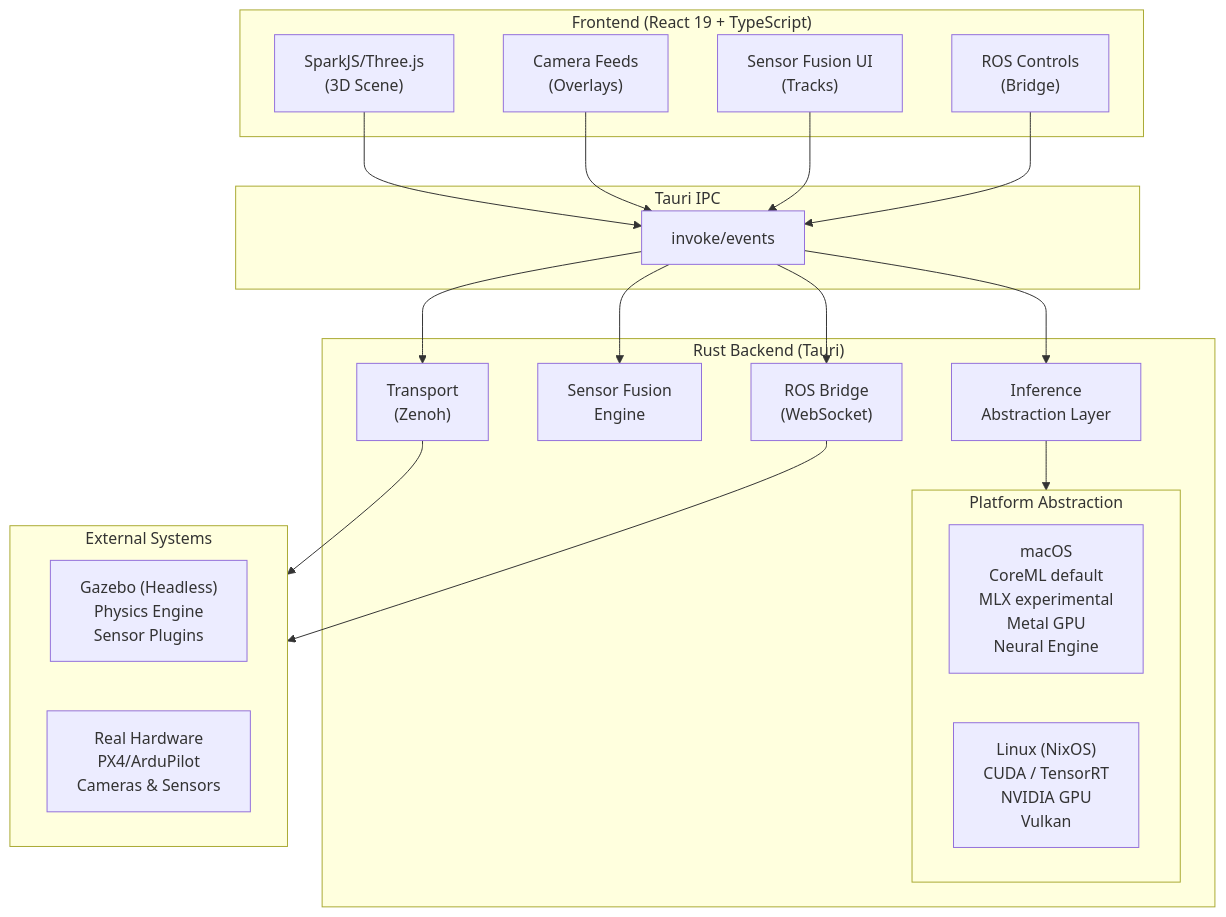
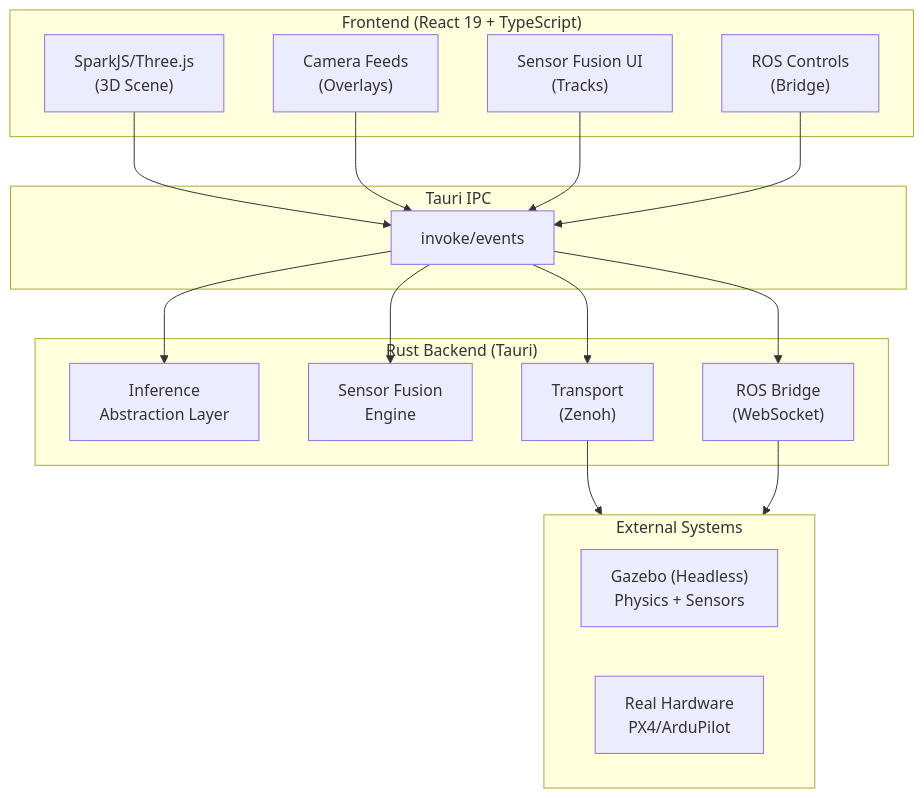
One commit to sepahead/crebain changed the diagram in README.md. Above: the diagram before and after it, drawn with Mermaid. The commit also changed other lines of this file and 14 other files, not shown here.

````diff
--- a/README.md
+++ b/README.md
@@ -134,45 +186,38 @@
 ```mermaid
 graph TB
     subgraph Frontend["Frontend (React 19 + TypeScript)"]
         ThreeJS["SparkJS/Three.js<br/>(3D Scene)"]
         CameraFeeds["Camera Feeds<br/>(Overlays)"]
         FusionUI["Sensor Fusion UI<br/>(Tracks)"]
         ROSControls["ROS Controls<br/>(Bridge)"]
     end
 
     subgraph IPC["Tauri IPC"]
         Invoke["invoke/events"]
     end
 
     subgraph Backend["Rust Backend (Tauri)"]
         Inference["Inference<br/>Abstraction Layer"]
         SensorFusion["Sensor Fusion<br/>Engine"]
         Zenoh["Transport<br/>(Zenoh)"]
         ROSBridge["ROS Bridge<br/>(WebSocket)"]
-        
-        subgraph Platform["Platform Abstraction"]
-            macOS["macOS<br/>CoreML default<br/>MLX experimental<br/>Metal GPU<br/>Neural Engine"]
-            Linux["Linux (NixOS)<br/>CUDA / TensorRT<br/>NVIDIA GPU<br/>Vulkan"]
-        end
     end
 
     subgraph External["External Systems"]
-        Gazebo["Gazebo (Headless)<br/>Physics Engine<br/>Sensor Plugins"]
-        Hardware["Real Hardware<br/>PX4/ArduPilot<br/>Cameras & Sensors"]
+        Gazebo["Gazebo (Headless)<br/>Physics + Sensors"]
+        Hardware["Real Hardware<br/>PX4/ArduPilot"]
     end
 
     ThreeJS --> Invoke
     CameraFeeds --> Invoke
     FusionUI --> Invoke
     ROSControls --> Invoke
-    
+
     Invoke --> Inference
     Invoke --> SensorFusion
     Invoke --> Zenoh
     Invoke --> ROSBridge
-    
-    Inference --> Platform
-    
+
     Zenoh --> External
     ROSBridge --> External
 ```
````
